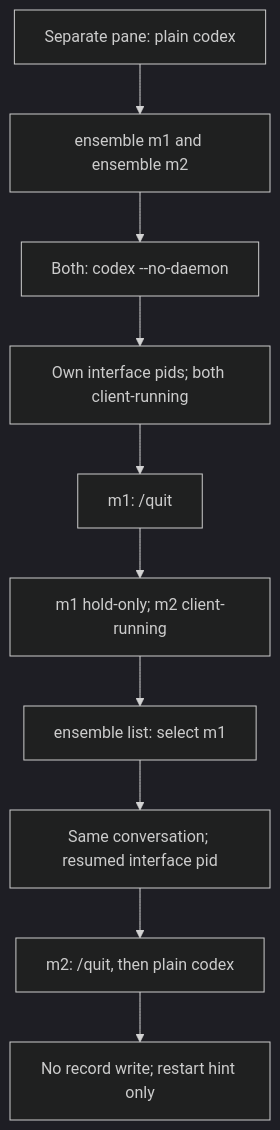
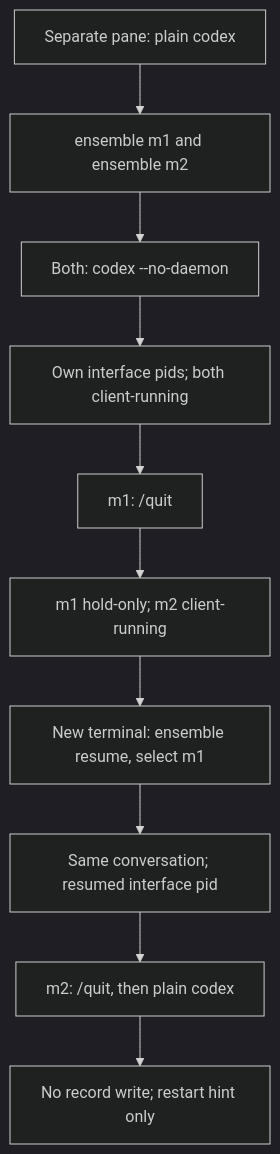
The diagram in .mini-op/runbooks/manager-on-mini.md (windroc-labs/ensemble), drawn with Mermaid (dark theme) before and after one commit. The commit also changed 15 other files, not shown here.

First line of the commit message:
WDRC-1012: ensemble list 只读 选择并打开 manager 移到 ensemble resume (#383)

````diff
--- a/.mini-op/runbooks/manager-on-mini.md
+++ b/.mini-op/runbooks/manager-on-mini.md
@@ -20,12 +20,12 @@
 ```mermaid
 flowchart TD
     D["Separate pane: plain codex"] --> M["ensemble m1 and ensemble m2"]
     M --> N["Both: codex --no-daemon"]
     N --> P["Own interface pids; both client-running"]
     P --> Q["m1: /quit"]
     Q --> H["m1 hold-only; m2 client-running"]
-    H --> R["ensemble list: select m1"]
+    H --> R["New terminal: ensemble resume, select m1"]
     R --> S["Same conversation; resumed interface pid"]
     S --> B["m2: /quit, then plain codex"]
     B --> W["No record write; restart hint only"]
 ```
````
